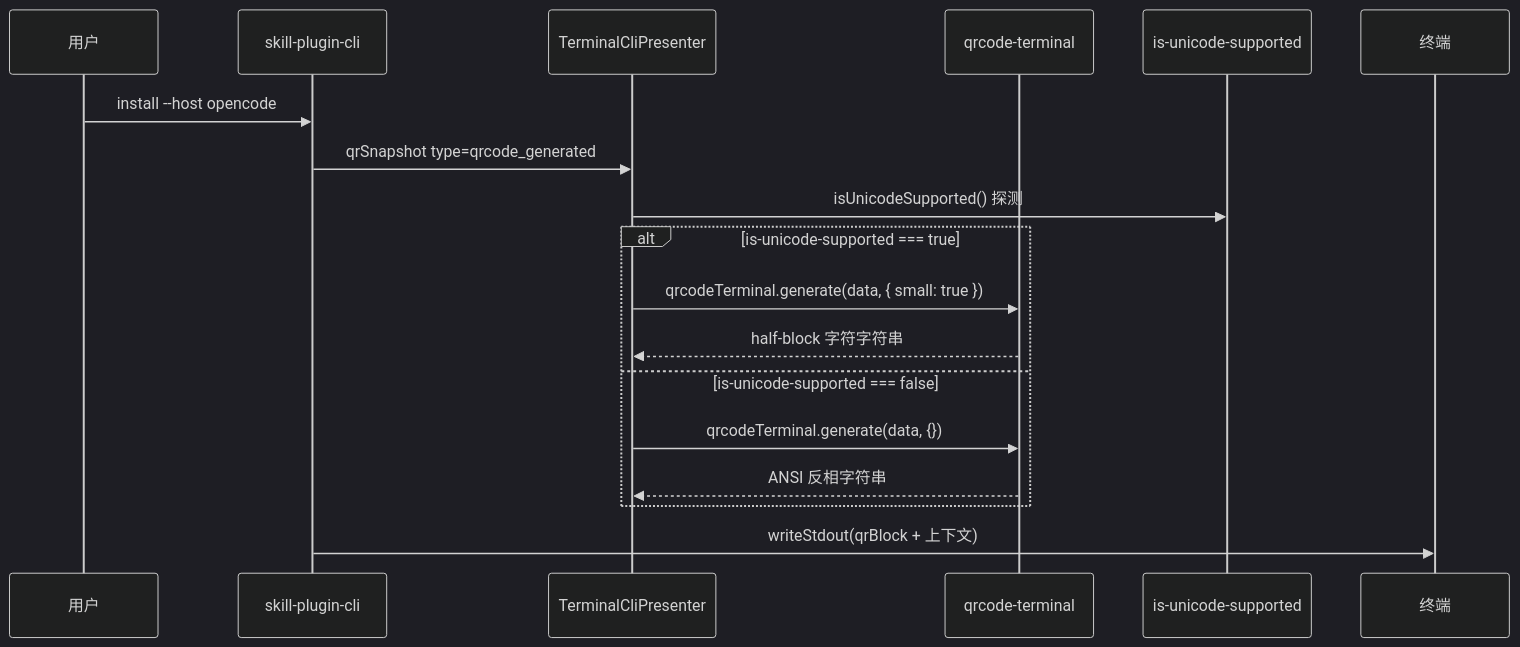
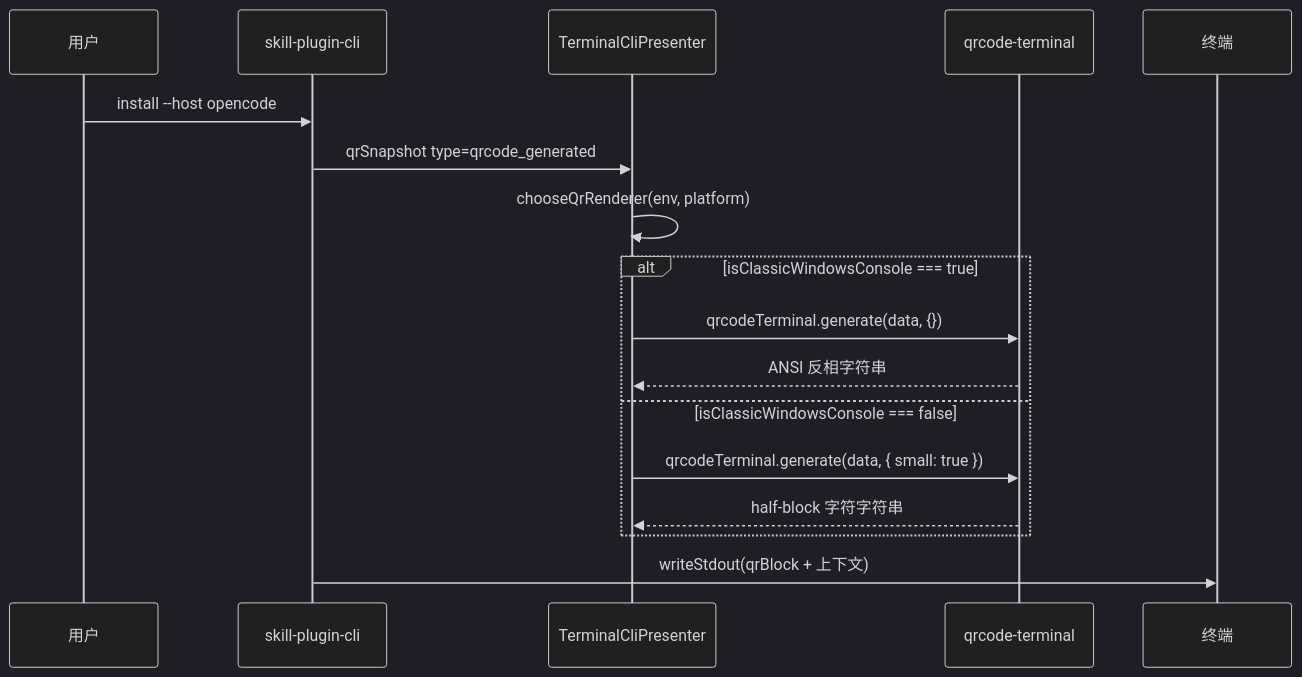
Before and after one commit to yuzhangCZ/agent-plugin: the second of 2 diagrams in packages/skill-plugin-cli/docs/qrcode-terminal-rendering-solution.md, drawn with Mermaid (dark theme). The commit also changed other lines of this file and 4 other files, not shown here.

First line of the commit message:
refactor(skill-plugin-cli): 回退 is-unicode-supported 改用 isClassicWindowsConsole 三元负向判定

````diff
--- a/packages/skill-plugin-cli/docs/qrcode-terminal-rendering-solution.md
+++ b/packages/skill-plugin-cli/docs/qrcode-terminal-rendering-solution.md
@@ -131,21 +134,20 @@
 ```mermaid
 sequenceDiagram
   participant U as 用户
   participant CLI as skill-plugin-cli
   participant P as TerminalCliPresenter
   participant Q as qrcode-terminal
-  participant I as is-unicode-supported
   participant T as 终端
 
   U->>CLI: install --host opencode
   CLI->>P: qrSnapshot type=qrcode_generated
-  P->>I: isUnicodeSupported() 探测
-  alt is-unicode-supported === true
+  P->>P: chooseQrRenderer(env, platform)
+  alt isClassicWindowsConsole === true
+    P->>Q: qrcodeTerminal.generate(data, {})
+    Q-->>P: ANSI 反相字符串
+  else isClassicWindowsConsole === false
     P->>Q: qrcodeTerminal.generate(data, { small: true })
     Q-->>P: half-block 字符字符串
-  else is-unicode-supported === false
-    P->>Q: qrcodeTerminal.generate(data, {})
-    Q-->>P: ANSI 反相字符串
   end
   CLI->>T: writeStdout(qrBlock + 上下文)
 ```
````
